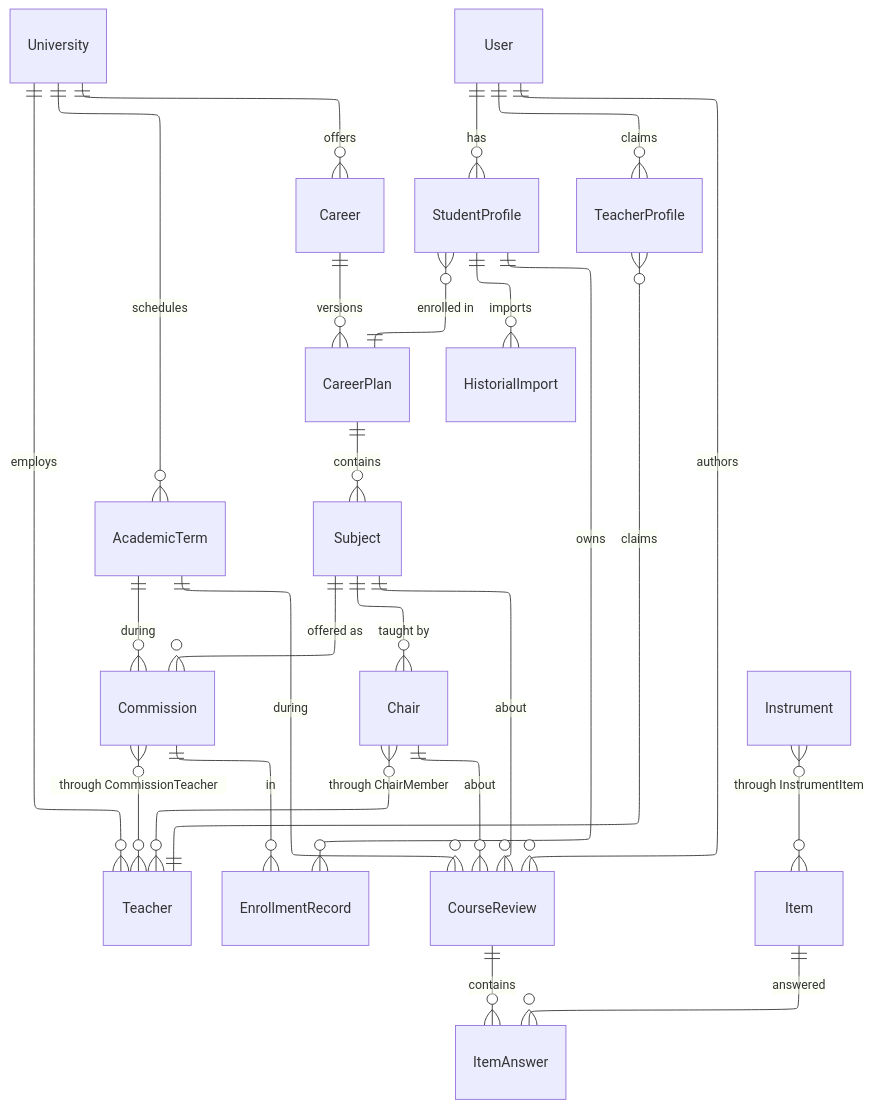
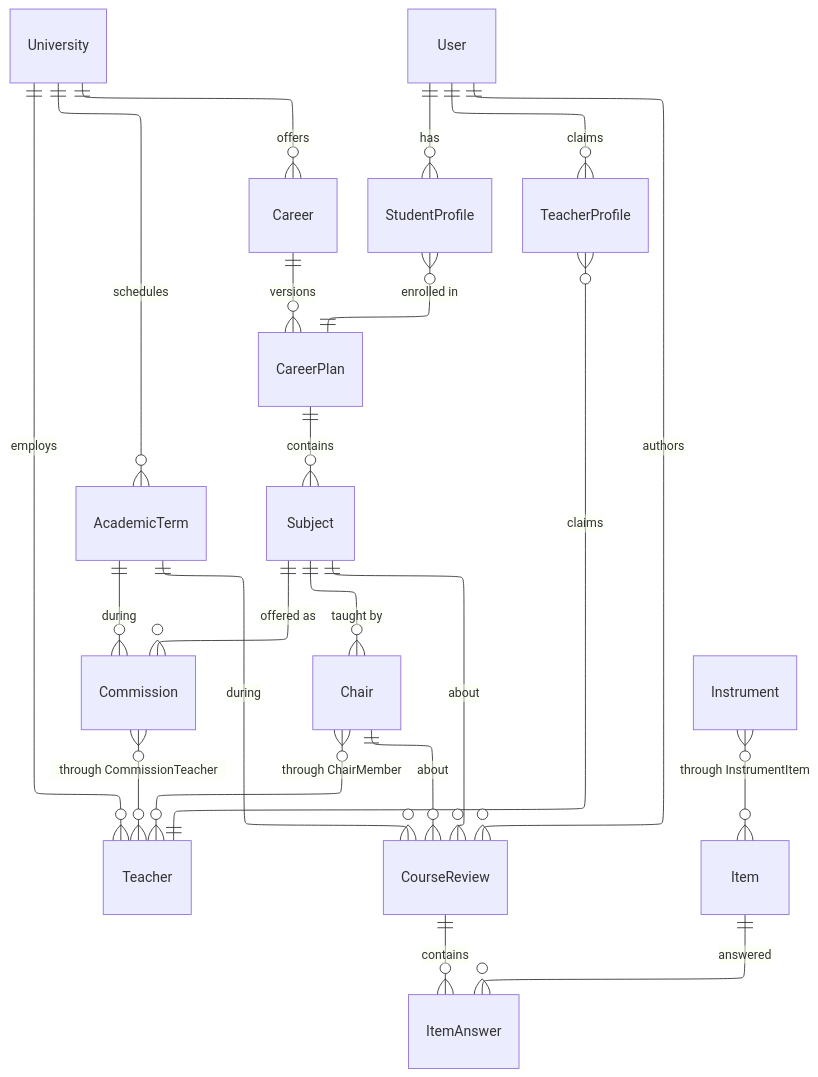
The first of 3 diagrams in docs/engineering/data-model.md (lucasidev/plan-b), drawn with Mermaid before and after one commit. The commit also changed other lines of this file and 47 other files, not shown here.

````diff
--- a/docs/engineering/data-model.md
+++ b/docs/engineering/data-model.md
@@ -24,35 +23,31 @@
 ```mermaid
 ---
 config:
     layout: elk
 ---
 erDiagram
     University ||--o{ Career : offers
     University ||--o{ Teacher : employs
     University ||--o{ AcademicTerm : schedules
     Career ||--o{ CareerPlan : versions
     CareerPlan ||--o{ Subject : contains
     Subject ||--o{ Commission : "offered as"
     AcademicTerm ||--o{ Commission : during
     Commission }o--o{ Teacher : "through CommissionTeacher"
 
     User ||--o{ StudentProfile : has
     User ||--o{ TeacherProfile : claims
     StudentProfile }o--|| CareerPlan : "enrolled in"
     TeacherProfile }o--|| Teacher : "claims"
 
-    StudentProfile ||--o{ EnrollmentRecord : owns
-    Commission ||--o{ EnrollmentRecord : in
-    StudentProfile ||--o{ HistorialImport : imports
-
     Subject ||--o{ Chair : "taught by"
     Chair }o--o{ Teacher : "through ChairMember"
 
     User ||--o{ CourseReview : authors
     Subject ||--o{ CourseReview : about
     AcademicTerm ||--o{ CourseReview : during
     Chair ||--o{ CourseReview : about
     CourseReview ||--o{ ItemAnswer : contains
     Item ||--o{ ItemAnswer : answered
     Instrument }o--o{ Item : "through InstrumentItem"
 ```
````
